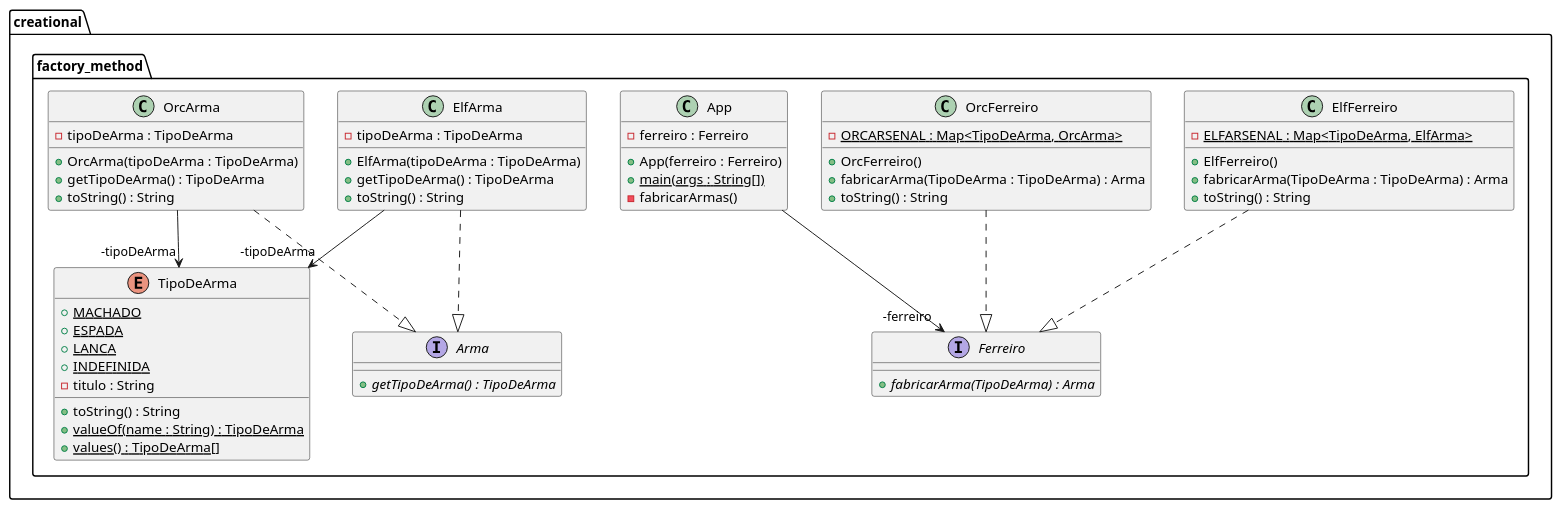
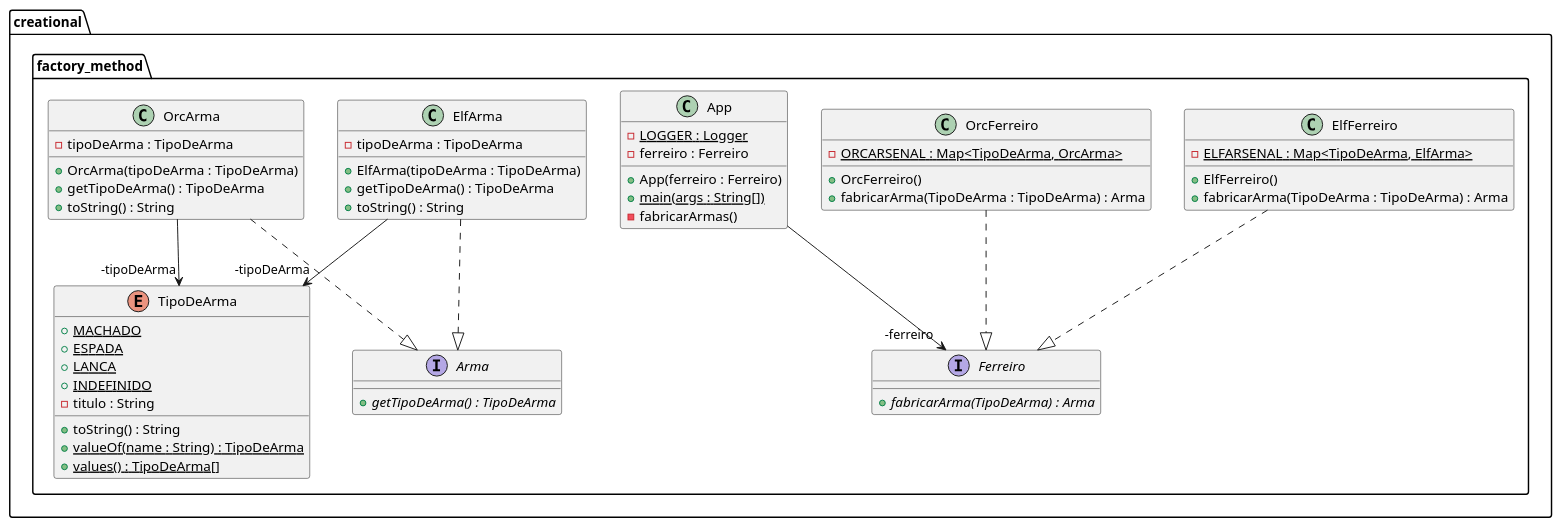
Before and after one commit to jeanLuizInsight/design-patterns-java: the diagram in src/creational/factory_method/diagramas/FactoryMethod.puml, drawn with PlantUML. The commit also changed 6 other files, not shown here.

```diff
--- a/src/creational/factory_method/diagramas/FactoryMethod.puml
+++ b/src/creational/factory_method/diagramas/FactoryMethod.puml
@@ -1,57 +1,56 @@
 @startuml
 package creational.factory_method {
   class App {
+    - LOGGER : Logger {static}
     - ferreiro : Ferreiro
     + App(ferreiro : Ferreiro)
     + main(args : String[]) {static}
     - fabricarArmas()
   }
   interface Ferreiro {
     + fabricarArma(TipoDeArma) : Arma {abstract}
   }
   interface Arma {
     + getTipoDeArma() : TipoDeArma {abstract}
   }
   enum TipoDeArma {
     + MACHADO {static}
     + ESPADA {static}
     + LANCA {static}
-    + INDEFINIDA {static}
+    + INDEFINIDO {static}
     - titulo : String
     + toString() : String
     + valueOf(name : String) : TipoDeArma {static}
     + values() : TipoDeArma[] {static}
   }
   class ElfFerreiro {
     - ELFARSENAL : Map<TipoDeArma, ElfArma> {static}
     + ElfFerreiro()
     + fabricarArma(TipoDeArma : TipoDeArma) : Arma
-    + toString() : String
   }
   class ElfArma {
     - tipoDeArma : TipoDeArma
     + ElfArma(tipoDeArma : TipoDeArma)
     + getTipoDeArma() : TipoDeArma
     + toString() : String
   }
   class OrcFerreiro {
     - ORCARSENAL : Map<TipoDeArma, OrcArma> {static}
     + OrcFerreiro()
     + fabricarArma(TipoDeArma : TipoDeArma) : Arma
-    + toString() : String
   }
   class OrcArma {
     - tipoDeArma : TipoDeArma
     + OrcArma(tipoDeArma : TipoDeArma)
     + getTipoDeArma() : TipoDeArma
     + toString() : String
   }
 }
 ElfArma -->  "-tipoDeArma" TipoDeArma
 OrcArma -->  "-tipoDeArma" TipoDeArma
 App -->  "-ferreiro" Ferreiro
 ElfFerreiro ..|> Ferreiro 
 ElfArma ..|> Arma 
 OrcFerreiro ..|> Ferreiro 
 OrcArma ..|> Arma 
 @enduml
```
